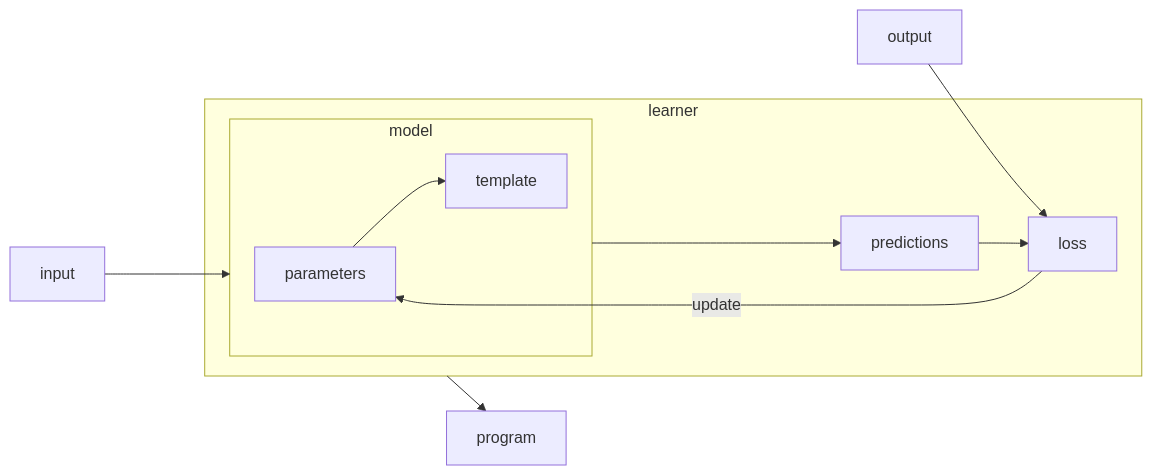
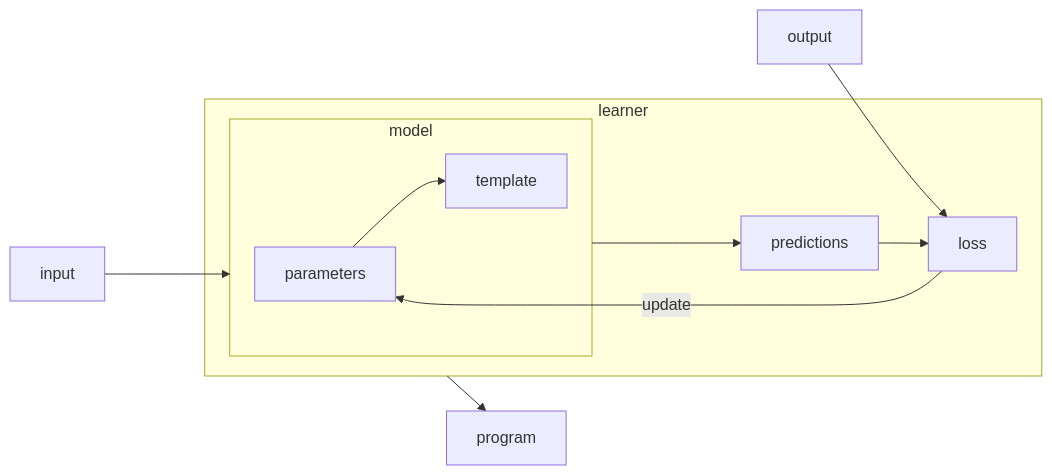
The third of 3 diagrams in _posts/2023-08-16-rivoluzione.md (nicoladerric/nicoladerric.github.io), drawn with Mermaid before and after one commit.

````diff
--- a/_posts/2023-08-16-rivoluzione.md
+++ b/_posts/2023-08-16-rivoluzione.md
@@ -53,14 +53,14 @@
 ```mermaid
 flowchart LR;
     input ---> model;
     output --> loss;
-        subgraph learner
-            subgraph model
-            parameters --> template;
-            end
-        model --> predictions;
-        predictions --> loss;
-        loss -------> |update|parameters;
+    subgraph learner
+        subgraph model
+        parameters --> template;
         end
+    model --> predictions;
+    predictions --> loss;
+    loss -----> |update|parameters;
+    end
     learner --> program
 ```
````
